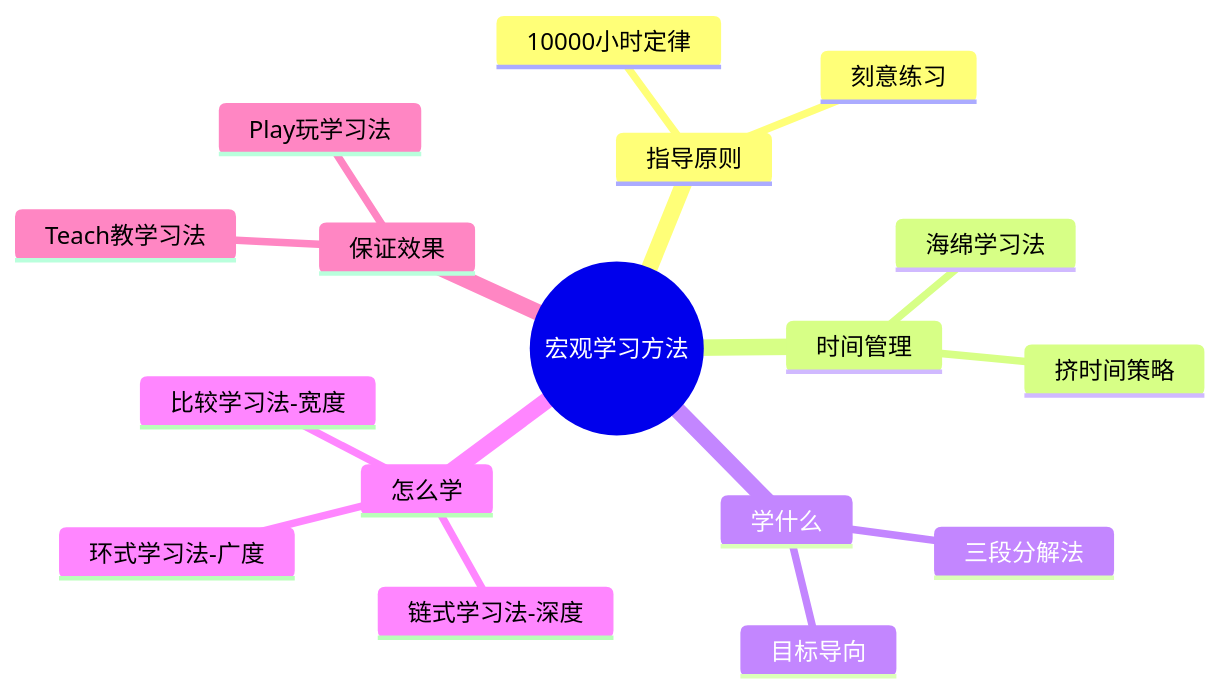
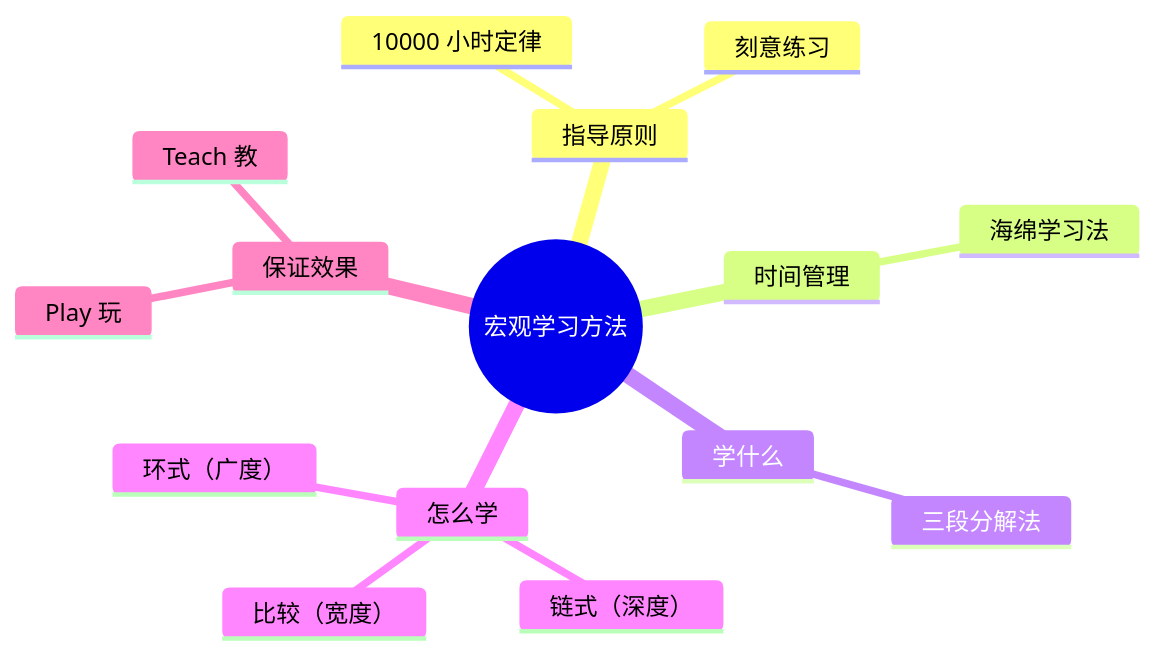
One commit to chongyang211/YCBookBlog changed the first of 2 diagrams in packages/website/13.书籍/04.自我精进·学习/04.学习方法/01.宏观学习的方法.md. Above: the diagram before and after it, drawn with Mermaid. The commit also changed other lines of this file and 83 other files, not shown here.

````diff
--- a/packages/website/13.书籍/04.自我精进·学习/04.学习方法/01.宏观学习的方法.md
+++ b/packages/website/13.书籍/04.自我精进·学习/04.学习方法/01.宏观学习的方法.md
@@ -86,20 +92,18 @@
 ```mermaid
 mindmap
   root((宏观学习方法))
     指导原则
-      10000小时定律
+      10000 小时定律
       刻意练习
     时间管理
       海绵学习法
-      挤时间策略
     学什么
       三段分解法
-      目标导向
     怎么学
-      链式学习法-深度
-      比较学习法-宽度
-      环式学习法-广度
+      链式（深度）
+      比较（宽度）
+      环式（广度）
     保证效果
-      Play玩学习法
-      Teach教学习法
+      Play 玩
+      Teach 教
 ```
````
